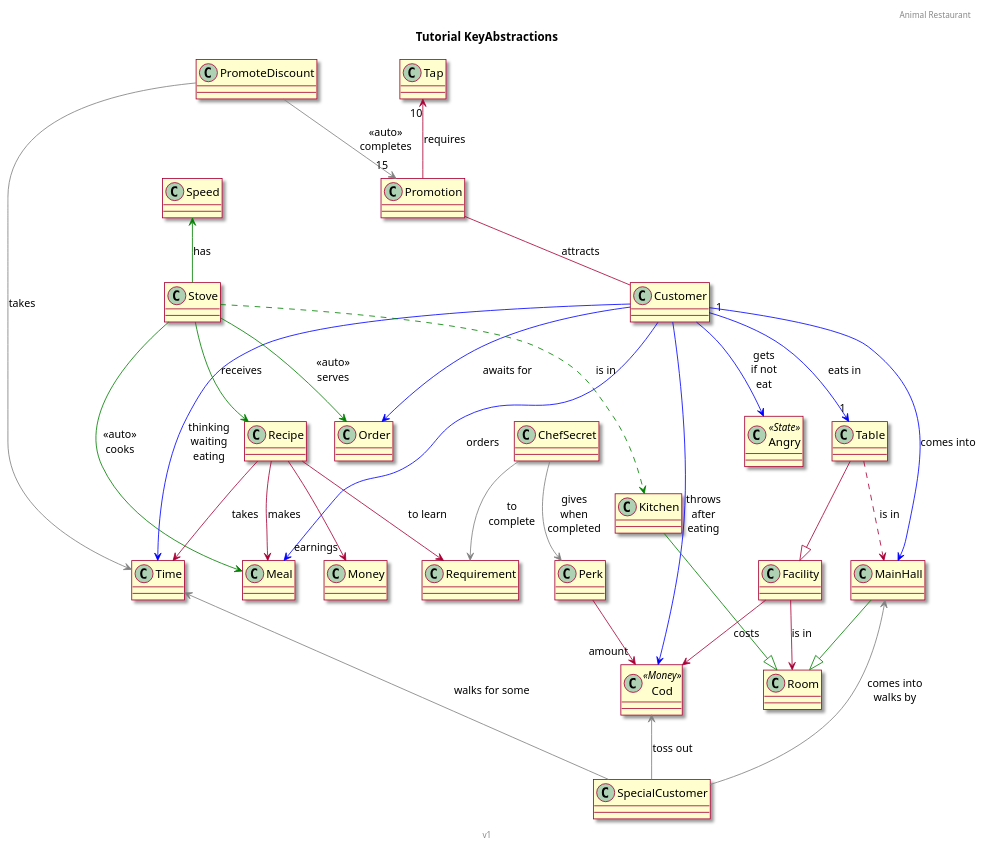
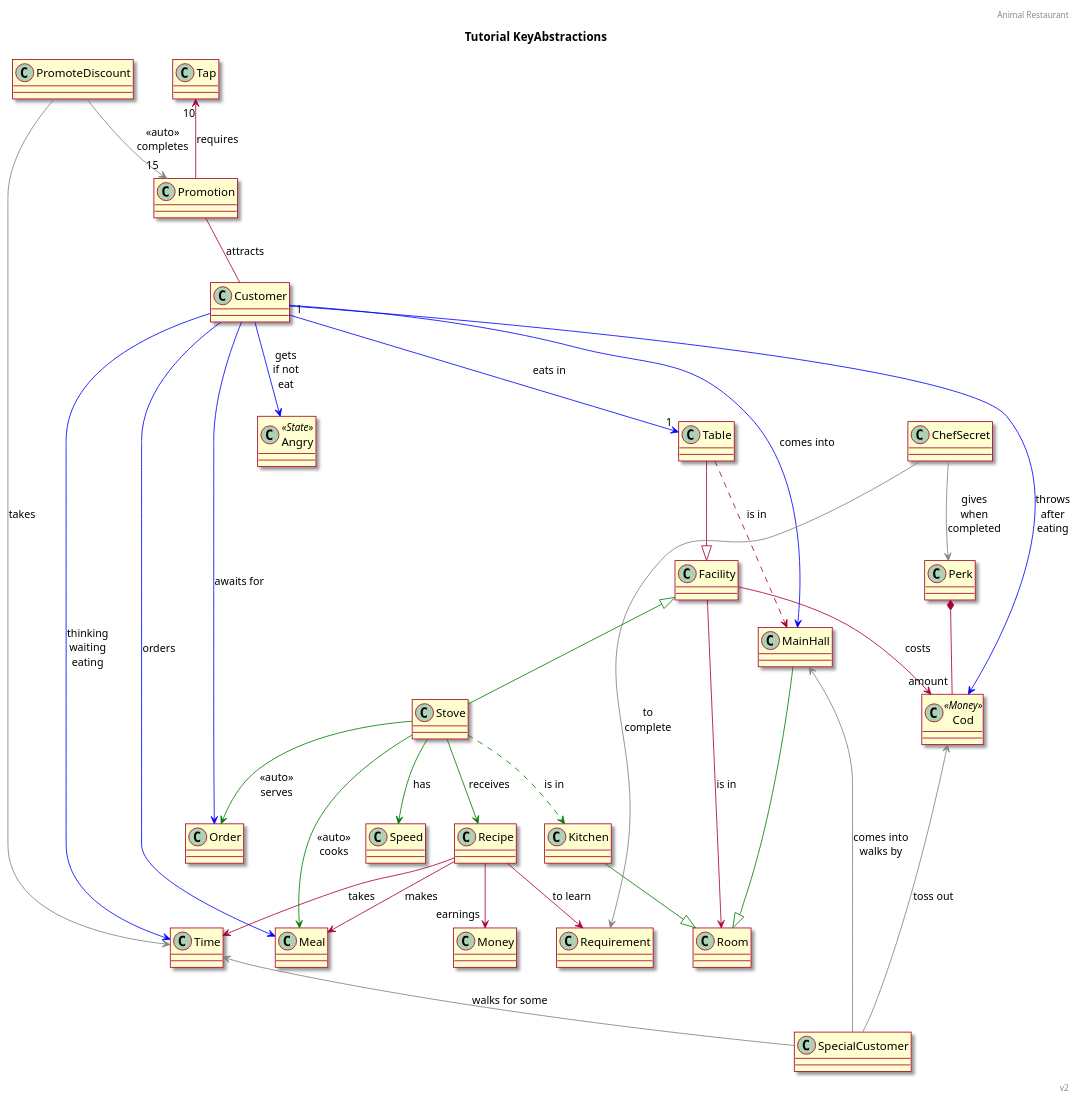
Before and after one commit to RicardoGuzmanVelasco/DomainModelling: the diagram in Mobile Games/Animal Restaurant/Tutorial KeyAbstractions.puml, drawn with PlantUML. The commit also changed 1 other file, not shown here.

```diff
--- a/Mobile Games/Animal Restaurant/Tutorial KeyAbstractions.puml
+++ b/Mobile Games/Animal Restaurant/Tutorial KeyAbstractions.puml
@@ -1,84 +1,86 @@
 @startuml
 skin rose
+'skinparam nodesep 40
+'skinparam ranksep 25
 
 header Animal Restaurant
 title Tutorial KeyAbstractions
 '''''''''''''''
 
 class Customer
 class Angry <<State>>
 class SpecialCustomer
 
 class Cod <<Money>>
 
 class Room
 class Kitchen
 class MainHall
 
 class Facility
 class Table
 class Stove
 
 class Meal
 class Recipe
 
 class Promotion
 class PromoteDiscount
 
 class ChefSecret
 class Requirement
 class Perk
 
 class Time
 class Speed
 class Tap
 
 '''''''''''''''
 
 Customer "1" --> "1" Table #blue : eats in 
 Customer --> Time #blue : thinking\nwaiting\neating
 Customer --> Cod #blue : throws\nafter\neating
 Customer --> Meal #blue : orders
 Customer --> Angry #blue : gets\nif not\neat
 Customer --> Order #blue : awaits for
 Customer --> MainHall #blue : comes into
 
 Kitchen --|> Room #green 
 MainHall --|> Room #green
 
 Table --|> Facility
 Table ..> MainHall : is in
 
-
 Promotion -- Customer : attracts
 Promotion -u-> "10" Tap : requires
 
 PromoteDiscount --> "15" Promotion #gray : <<auto>>\ncompletes
 PromoteDiscount --> Time #gray : takes
 
 ChefSecret --> Requirement #gray : to\ncomplete
 ChefSecret --> Perk #gray : gives\nwhen\ncompleted
 
 Recipe --> Time : takes
 Recipe --> "earnings" Money
 Recipe --> Meal : makes
 Recipe --> Requirement : to learn
 
 Facility --> Room : is in
 Facility --> Cod : costs
 
+Stove -u-|> Facility #green
 Stove ..> Kitchen #green : is in
 Stove --> Recipe #green : receives
 Stove --> Meal #green : <<auto>>\ncooks
 Stove --> Order #green : <<auto>>\nserves
-Stove -u-> Speed #green : has
+Stove --> Speed #green : has
 
-Perk --> "amount" Cod
+Perk *-- "amount" Cod
 
 SpecialCustomer -u-> MainHall #gray : comes into\nwalks by
 SpecialCustomer -u-> Time #gray : walks for some
 SpecialCustomer -u-> Cod #gray : toss out
 
 '''''''''''''''
-footer v1
+right footer v2
 @enduml
```
